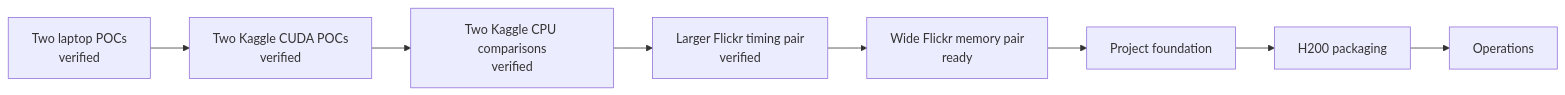
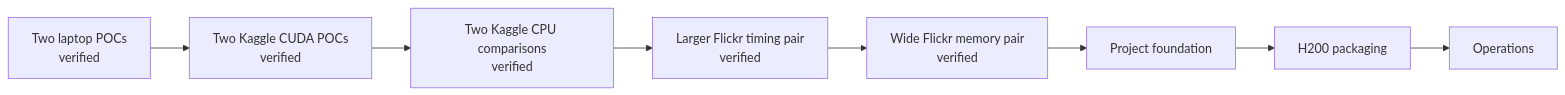
Before and after one commit to gh-andirdju/ml: the diagram in docs/05-plan/phases.md, drawn with Mermaid. The commit also changed other lines of this file and 11 other files, not shown here.

Commit message:
Record wide Flickr Kaggle comparison

````diff
--- a/docs/05-plan/phases.md
+++ b/docs/05-plan/phases.md
@@ -8,10 +7,10 @@
 ```mermaid
 flowchart LR
     local[Two laptop POCs<br/>verified] --> kaggle[Two Kaggle CUDA POCs<br/>verified]
     kaggle --> cpu[Two Kaggle CPU comparisons<br/>verified]
     cpu --> larger[Larger Flickr timing pair<br/>verified]
-    larger --> memory[Wide Flickr memory pair<br/>ready]
+    larger --> memory[Wide Flickr memory pair<br/>verified]
     memory --> foundation[Project foundation]
     foundation --> cluster[H200 packaging]
     cluster --> operations[Operations]
 ```
````
